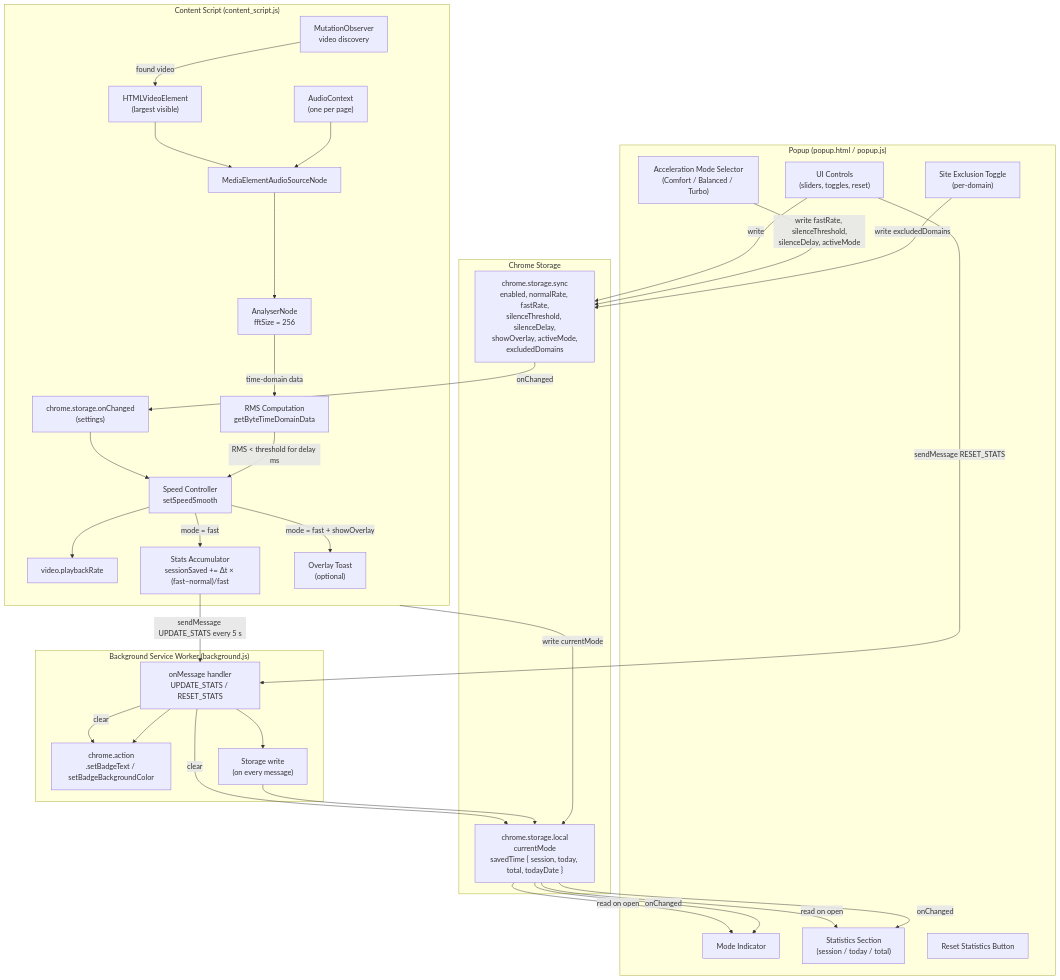
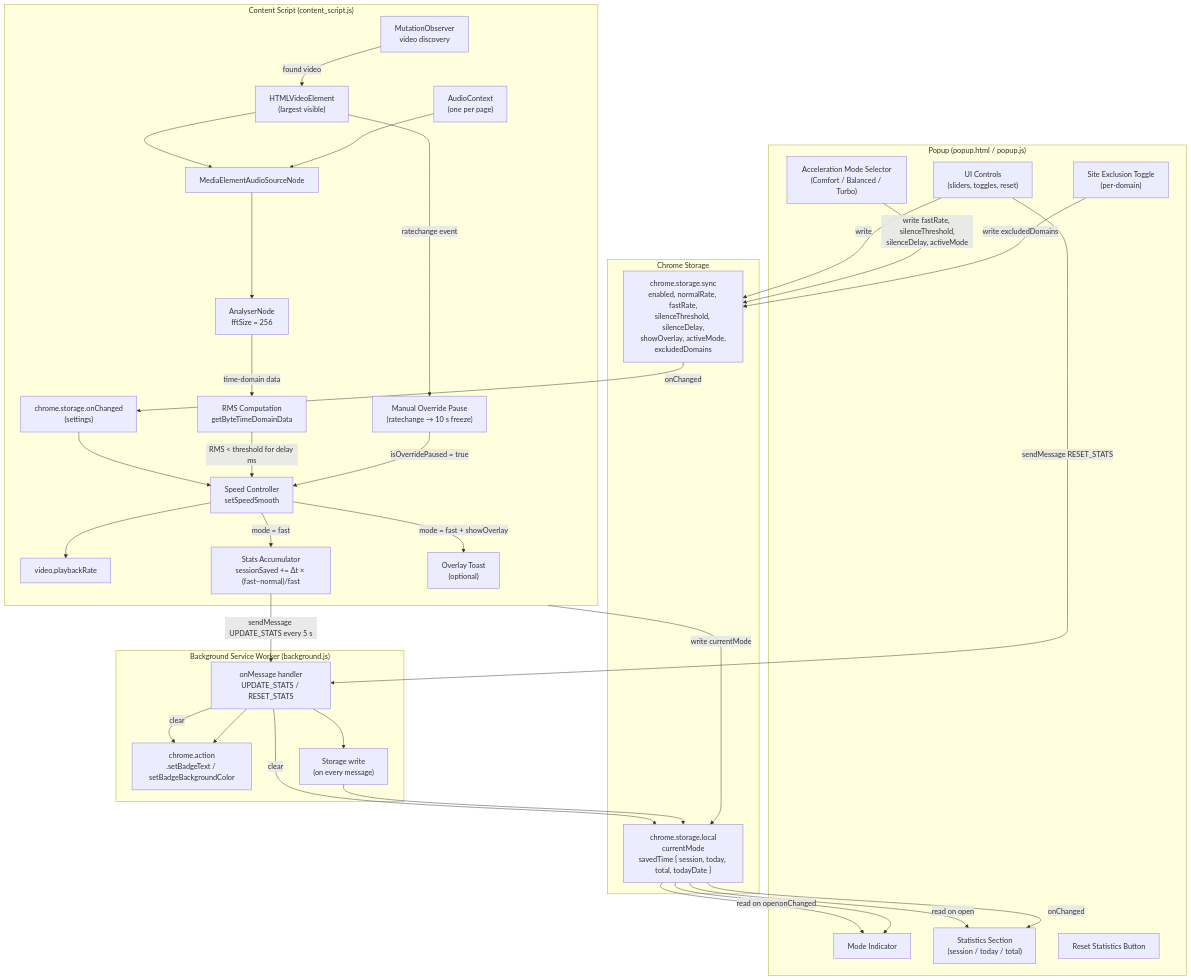
The diagram in docs/ARCHITECTURE.md (fcjuve2/videospeedplugin), drawn with Mermaid before and after one commit. The commit also changed other lines of this file, not shown here.

First line of the commit message:
docs: document manual override pause in ARCHITECTURE (v1.4.0)

````diff
--- a/docs/ARCHITECTURE.md
+++ b/docs/ARCHITECTURE.md
@@ -20,67 +21,70 @@
 ```mermaid
 flowchart TD
     subgraph Popup["Popup (popup.html / popup.js)"]
         UI["UI Controls\n(sliders, toggles, reset)"]
         MS["Acceleration Mode Selector\n(Comfort / Balanced / Turbo)"]
         SE["Site Exclusion Toggle\n(per-domain)"]
         MI["Mode Indicator"]
         STATS["Statistics Section\n(session / today / total)"]
         RSTBTN["Reset Statistics Button"]
     end
 
     subgraph Background["Background Service Worker (background.js)"]
         MSG["onMessage handler\nUPDATE_STATS / RESET_STATS"]
         BADGE["chrome.action\n.setBadgeText / setBadgeBackgroundColor"]
         DW["Storage write\n(on every message)"]
     end
 
     subgraph Storage["Chrome Storage"]
         SYNC["chrome.storage.sync\nenabled, normalRate, fastRate,\nsilenceThreshold, silenceDelay,\nshowOverlay, activeMode,\nexcludedDomains"]
         LOCAL["chrome.storage.local\ncurrentMode\nsavedTime { session, today, total, todayDate }"]
     end
 
     subgraph ContentScript["Content Script (content_script.js)"]
         MO["MutationObserver\nvideo discovery"]
         VE["HTMLVideoElement\n(largest visible)"]
         ACX["AudioContext\n(one per page)"]
         MEAS["MediaElementAudioSourceNode"]
         AN["AnalyserNode\nfftSize = 256"]
         RMS["RMS Computation\ngetByteTimeDomainData"]
         SC["Speed Controller\nsetSpeedSmooth"]
+        OVR["Manual Override Pause\n(ratechange → 10 s freeze)"]
         PBR["video.playbackRate"]
         ACCUM["Stats Accumulator\nsessionSaved += Δt × (fast−normal)/fast"]
         TOAST["Overlay Toast\n(optional)"]
         ONC["chrome.storage.onChanged\n(settings)"]
     end
 
     UI -->|write| SYNC
     MS -->|write fastRate, silenceThreshold,\nsilenceDelay, activeMode| SYNC
     SE -->|write excludedDomains| SYNC
     SYNC -->|onChanged| ONC
     ONC --> SC
 
     UI -->|sendMessage RESET_STATS| MSG
     MSG -->|clear| LOCAL
     MSG -->|clear| BADGE
 
     LOCAL -->|read on open| MI
     LOCAL -->|read on open| STATS
     LOCAL -->|onChanged| MI
     LOCAL -->|onChanged| STATS
 
     ContentScript -->|write currentMode| LOCAL
 
     MO -->|found video| VE
     VE --> MEAS
     ACX --> MEAS
     MEAS --> AN
     AN -->|time-domain data| RMS
     RMS -->|RMS < threshold for delay ms| SC
+    VE -->|ratechange event| OVR
+    OVR -->|isOverridePaused = true| SC
     SC --> PBR
     SC -->|mode = fast| ACCUM
     SC -->|mode = fast + showOverlay| TOAST
     ACCUM -->|sendMessage UPDATE_STATS every 5 s| MSG
     MSG --> DW
     DW --> LOCAL
     MSG --> BADGE
 ```
````
